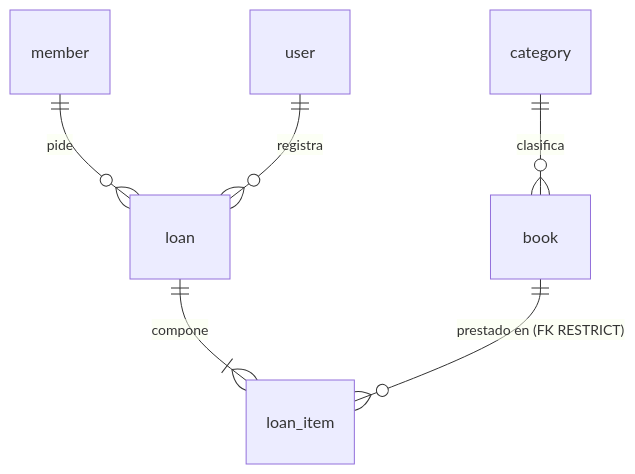
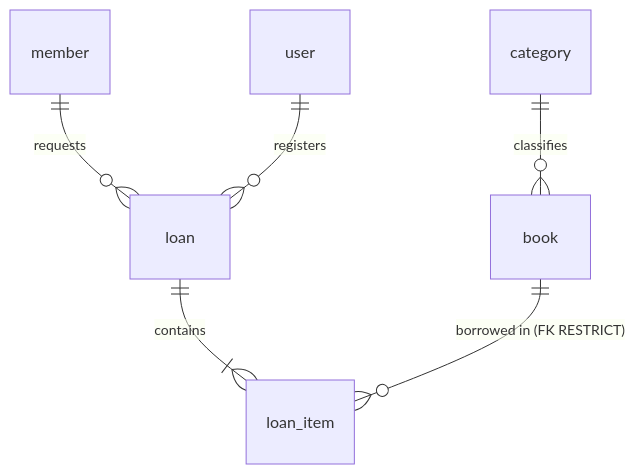
One commit to EmersonMolano/test-manager-library-3145555-docs changed the diagram in spec-larabel/data-model.md. Above: the diagram before and after it, drawn with Mermaid. The commit also changed other lines of this file and 12 other files, not shown here.

````diff
--- a/spec-larabel/data-model.md
+++ b/spec-larabel/data-model.md
@@ -41,8 +41,8 @@
 ```mermaid
 erDiagram
-    category ||--o{ book      : "clasifica"
-    member   ||--o{ loan      : "pide"
-    user     ||--o{ loan      : "registra"
-    loan     ||--|{ loan_item : "compone"
-    book     ||--o{ loan_item : "prestado en (FK RESTRICT)"
+    category ||--o{ book      : "classifies"
+    member   ||--o{ loan      : "requests"
+    user     ||--o{ loan      : "registers"
+    loan     ||--|{ loan_item : "contains"
+    book     ||--o{ loan_item : "borrowed in (FK RESTRICT)"
 ```
````
